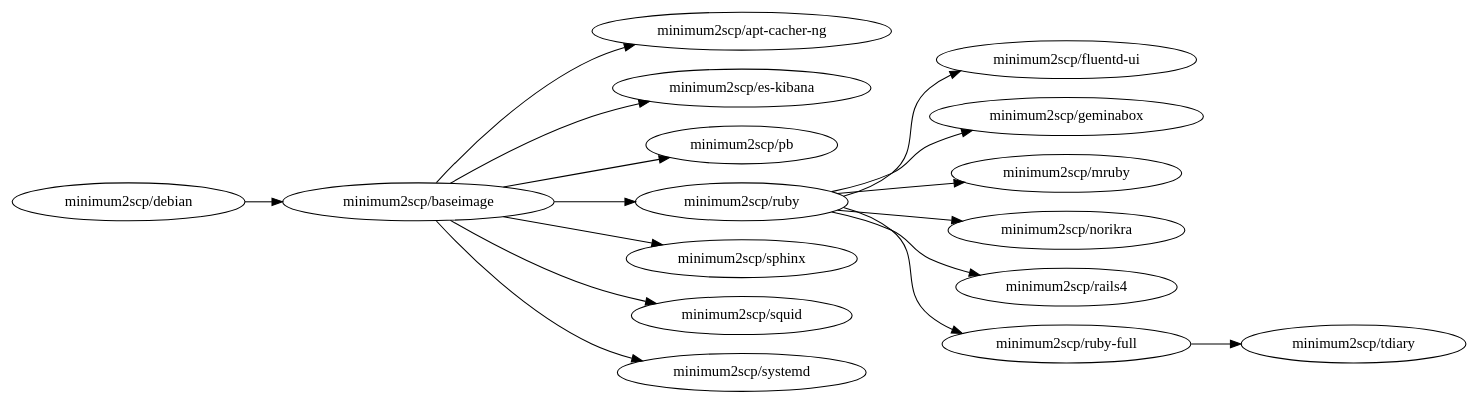
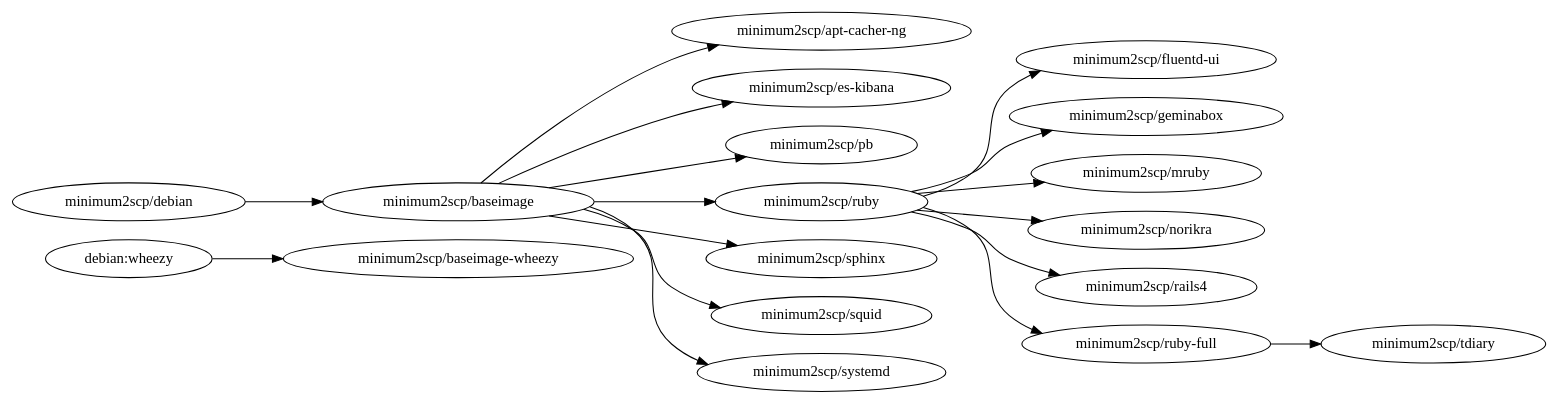
The diagram in deps.dot (minimum2scp/dockerfiles), drawn with Graphviz before and after one commit.

Commit message:
add baseimage-wheezy to deps.dot

```diff
--- a/deps.dot
+++ b/deps.dot
@@ -1,26 +1,31 @@
 digraph deps {
   graph        [rankdir = "LR"];
   ratio = auto;
 
+  wheezy            [label = "debian:wheezy"];
+
   acng              [label = "minimum2scp/apt-cacher-ng"];
   baseimage         [label = "minimum2scp/baseimage"];
+  baseimage_wheezy  [label = "minimum2scp/baseimage-wheezy"];
   debian            [label = "minimum2scp/debian"];
   es_kibana         [label = "minimum2scp/es-kibana"];
   fluentd_ui        [label = "minimum2scp/fluentd-ui"];
   geminabox         [label = "minimum2scp/geminabox"];
   mruby             [label = "minimum2scp/mruby"];
   norikra           [label = "minimum2scp/norikra"];
   pb                [label = "minimum2scp/pb"];
   rails4            [label = "minimum2scp/rails4"];
   ruby              [label = "minimum2scp/ruby"];
   ruby_full         [label = "minimum2scp/ruby-full"];
   sphinx            [label = "minimum2scp/sphinx"];
   squid             [label = "minimum2scp/squid"];
   systemd           [label = "minimum2scp/systemd"];
   tdiary            [label = "minimum2scp/tdiary"];
 
   debian    -> baseimage;
   baseimage -> {acng, es_kibana, pb, ruby, sphinx, squid, systemd};
   ruby      -> {fluentd_ui, geminabox, mruby, norikra, rails4, ruby_full};
   ruby_full -> {tdiary};
+
+  wheezy    -> baseimage_wheezy;
 }
```
